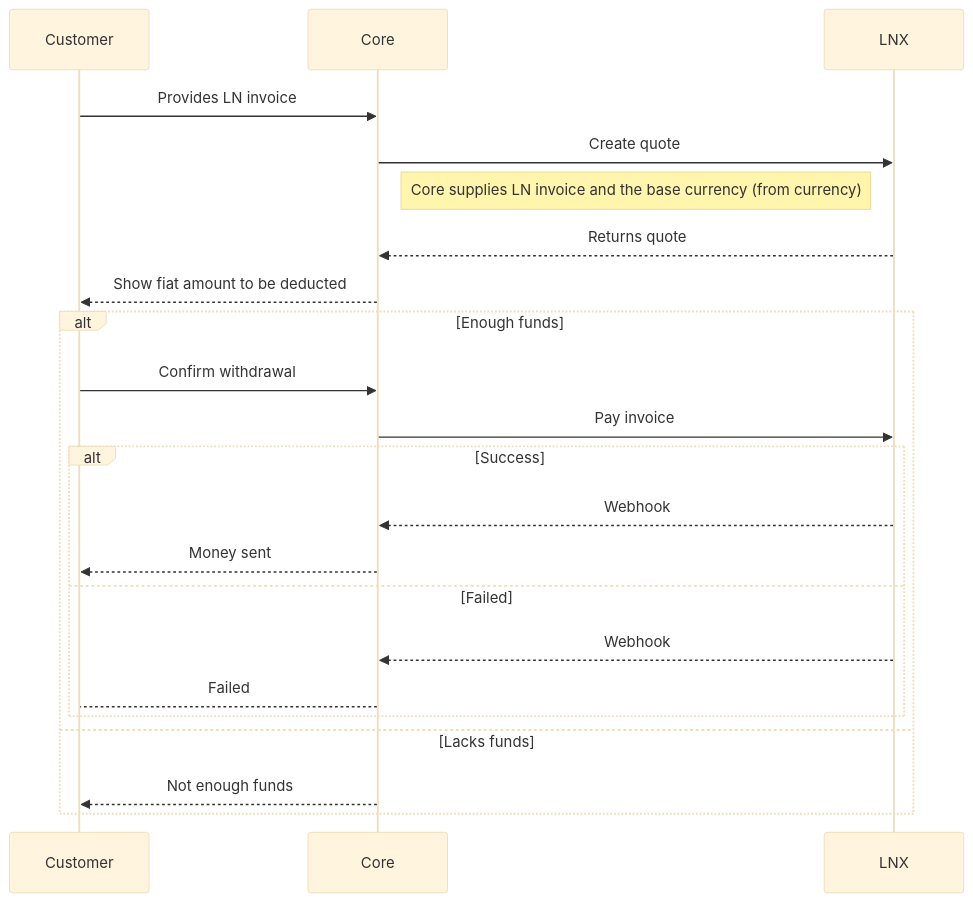
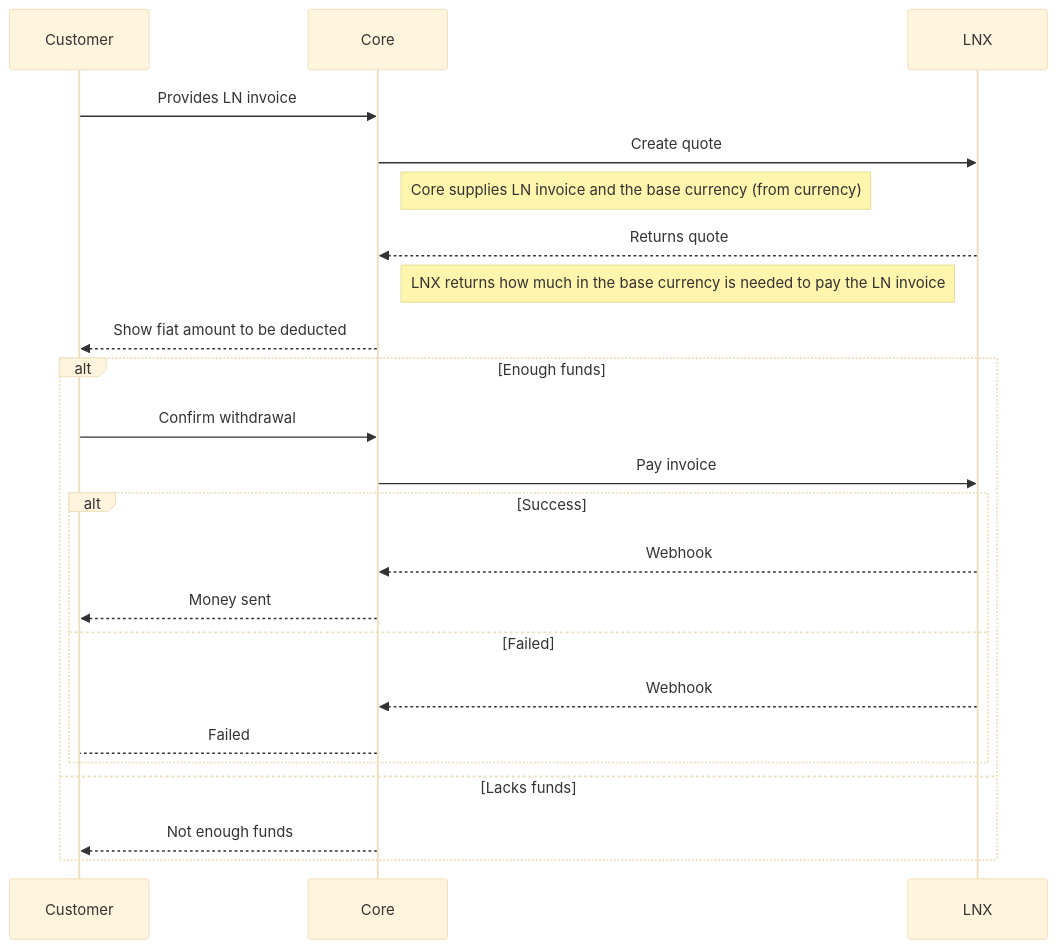
Before and after one commit to bloom-solutions/lnx-spec: the second of 3 diagrams in 001-lnx-broker/readme.md, drawn with Mermaid (base theme).

Commit message:
More notes

````diff
--- a/001-lnx-broker/readme.md
+++ b/001-lnx-broker/readme.md
@@ -34,24 +34,25 @@
 ```mermaid
 sequenceDiagram
     Participant Customer
     Participant Core
     Participant LNX
     Customer->>Core: Provides LN invoice
     Core->>LNX: Create quote
     Note right of Core: Core supplies LN invoice and the base currency (from currency)
     LNX-->>Core: Returns quote
+    Note right of Core: LNX returns how much in the base currency is needed to pay the LN invoice
     Core-->>Customer: Show fiat amount to be deducted
     alt Enough funds
         Customer->>Core: Confirm withdrawal
         Core->>LNX: Pay invoice
         alt Success
             LNX-->>Core: Webhook
             Core-->>Customer: Money sent
         else Failed
             LNX-->>Core: Webhook
             Core-->Customer: Failed
         end
     else Lacks funds
         Core-->>Customer: Not enough funds
     end
 ```
````
